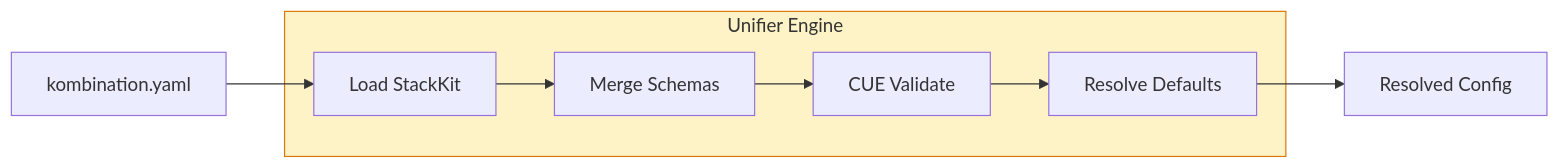
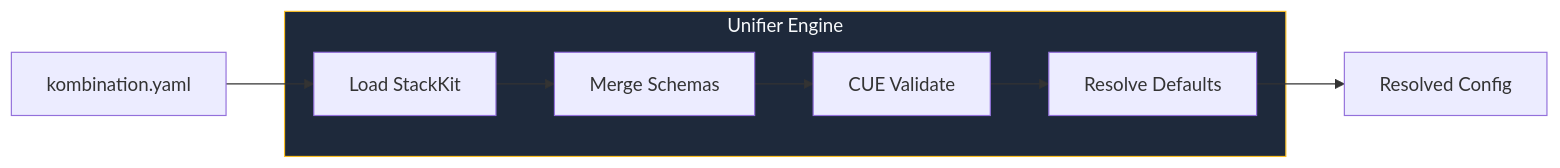
The second of 4 diagrams in stack/architecture.mdx (KombiverseLabs/docs), drawn with Mermaid before and after one commit. The commit also changed other lines of this file and 33 other files, not shown here.

````diff
--- a/stack/architecture.mdx
+++ b/stack/architecture.mdx
@@ -64,17 +64,17 @@
 ```mermaid
 graph LR
     Input["kombination.yaml"]
     
     subgraph Unifier["Unifier Engine"]
         Load["Load StackKit"]
         Merge["Merge Schemas"]
         Validate["CUE Validate"]
         Resolve["Resolve Defaults"]
     end
     
     Output["Resolved Config"]
     
     Input --> Load --> Merge --> Validate --> Resolve --> Output
     
-    style Unifier fill:#fef3c7,stroke:#d97706
+    style Unifier fill:#1e293b,stroke:#fbbf24,color:#f8fafc
 ```
````
